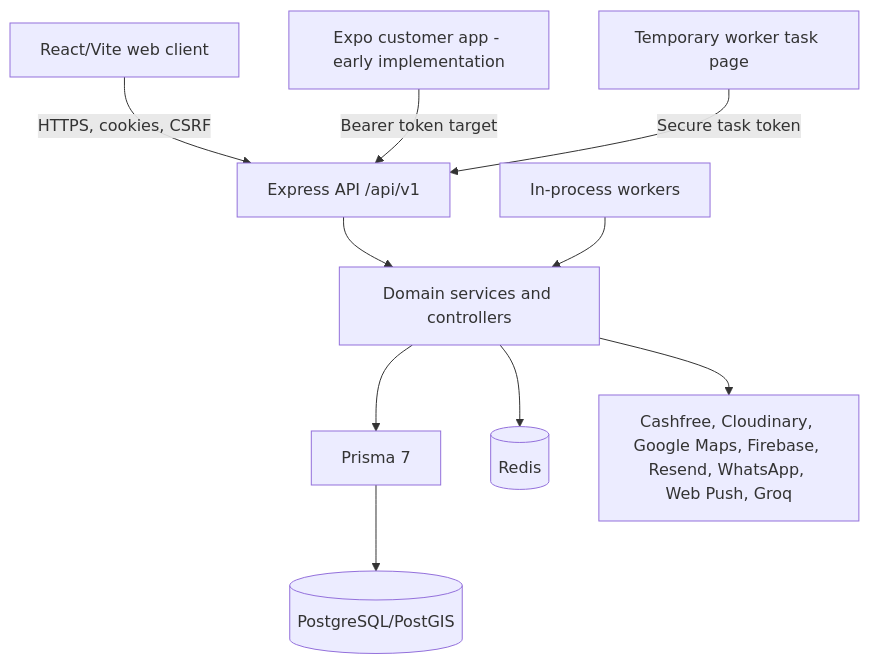
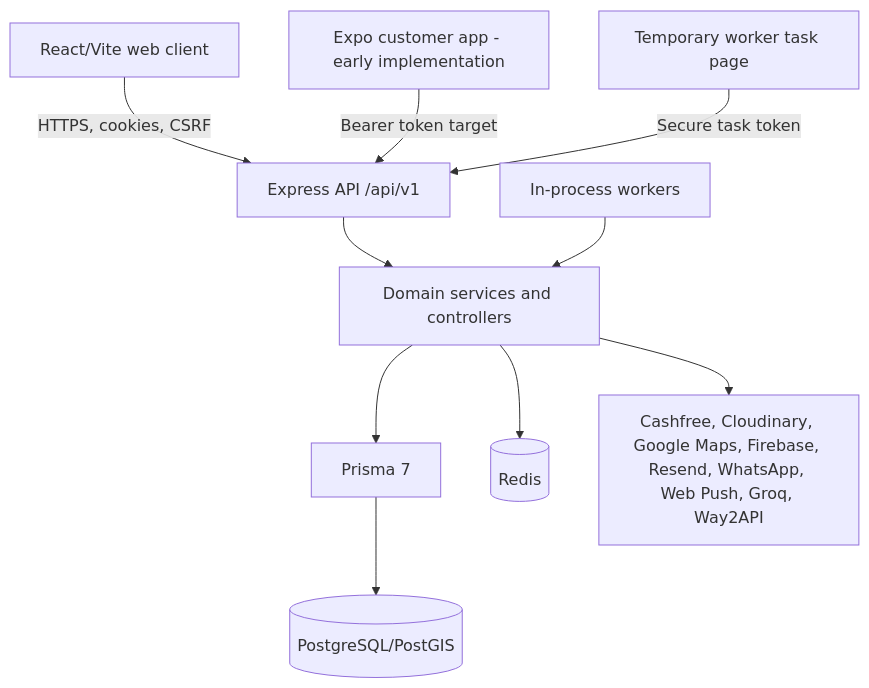
Before and after one commit to Aayush20253534/Garage-startup: the diagram in README.md, drawn with Mermaid. The commit also changed other lines of this file and 21 other files, not shown here.

Commit message:
docs: synchronize all documentation with latest Rovauto architecture

````diff
--- a/README.md
+++ b/README.md
@@ -23,12 +23,12 @@
 ```mermaid
 flowchart TD
     Browser["React/Vite web client"] -->|HTTPS, cookies, CSRF| API["Express API /api/v1"]
     Mobile["Expo customer app - early implementation"] -->|Bearer token target| API
     Worker["Temporary worker task page"] -->|Secure task token| API
     API --> Services["Domain services and controllers"]
     Services --> Prisma["Prisma 7"]
     Prisma --> DB[(PostgreSQL/PostGIS)]
     Services --> Redis[(Redis)]
-    Services --> Providers["Cashfree, Cloudinary, Google Maps, Firebase, Resend, WhatsApp, Web Push, Groq"]
+    Services --> Providers["Cashfree, Cloudinary, Google Maps, Firebase, Resend, WhatsApp, Web Push, Groq, Way2API"]
     Jobs["In-process workers"] --> Services
 ```
````
